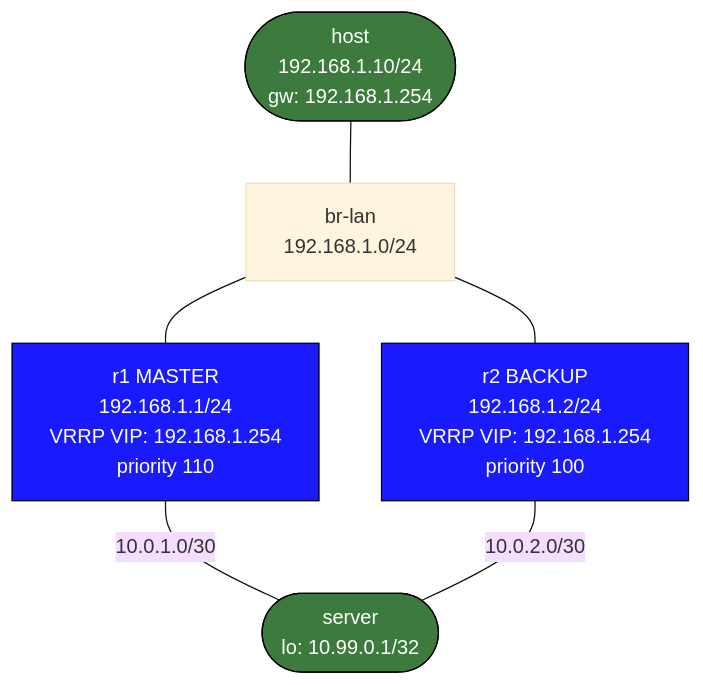
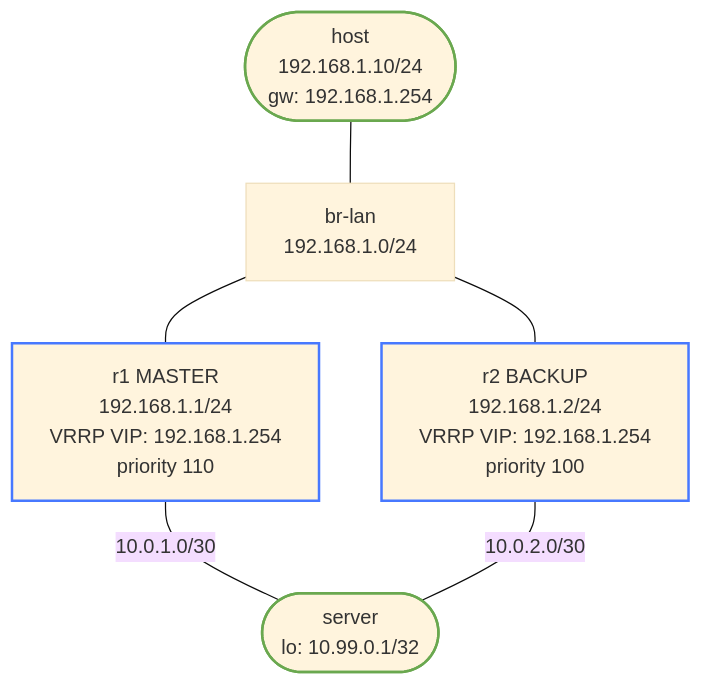
The diagram in labs/vrrp/README.md (jschless/networkingLabs), drawn with Mermaid (base theme) before and after one commit. The commit also changed 250 other files, not shown here.

Commit message:
Fix unreadable topology diagrams, convert ASCII art, publish assessments (#57)

````diff
--- a/labs/vrrp/README.md
+++ b/labs/vrrp/README.md
@@ -11,19 +11,19 @@
 ```mermaid
 flowchart TB
-    host(["host\n192.168.1.10/24\ngw: 192.168.1.254"])
-    brl["br-lan\n192.168.1.0/24"]
-    r1["r1 MASTER\n192.168.1.1/24\nVRRP VIP: 192.168.1.254\npriority 110"]
-    r2["r2 BACKUP\n192.168.1.2/24\nVRRP VIP: 192.168.1.254\npriority 100"]
-    server(["server\nlo: 10.99.0.1/32"])
+    host(["host<br/>192.168.1.10/24<br/>gw: 192.168.1.254"])
+    brl["br-lan<br/>192.168.1.0/24"]
+    r1["r1 MASTER<br/>192.168.1.1/24<br/>VRRP VIP: 192.168.1.254<br/>priority 110"]
+    r2["r2 BACKUP<br/>192.168.1.2/24<br/>VRRP VIP: 192.168.1.254<br/>priority 100"]
+    server(["server<br/>lo: 10.99.0.1/32"])
 
     host --- brl
     brl --- r1
     brl --- r2
     r1 -- "10.0.1.0/30" --- server
     r2 -- "10.0.2.0/30" --- server
 
-    classDef router fill:#1a1aff,color:#fff,stroke:#000
-    classDef host   fill:#3d7a3d,color:#fff,stroke:#000
+    classDef router stroke:#4778ff,stroke-width:2px
+    classDef host stroke:#6aa84f,stroke-width:2px
     class r1,r2 router
     class host,server host
 ```
````
